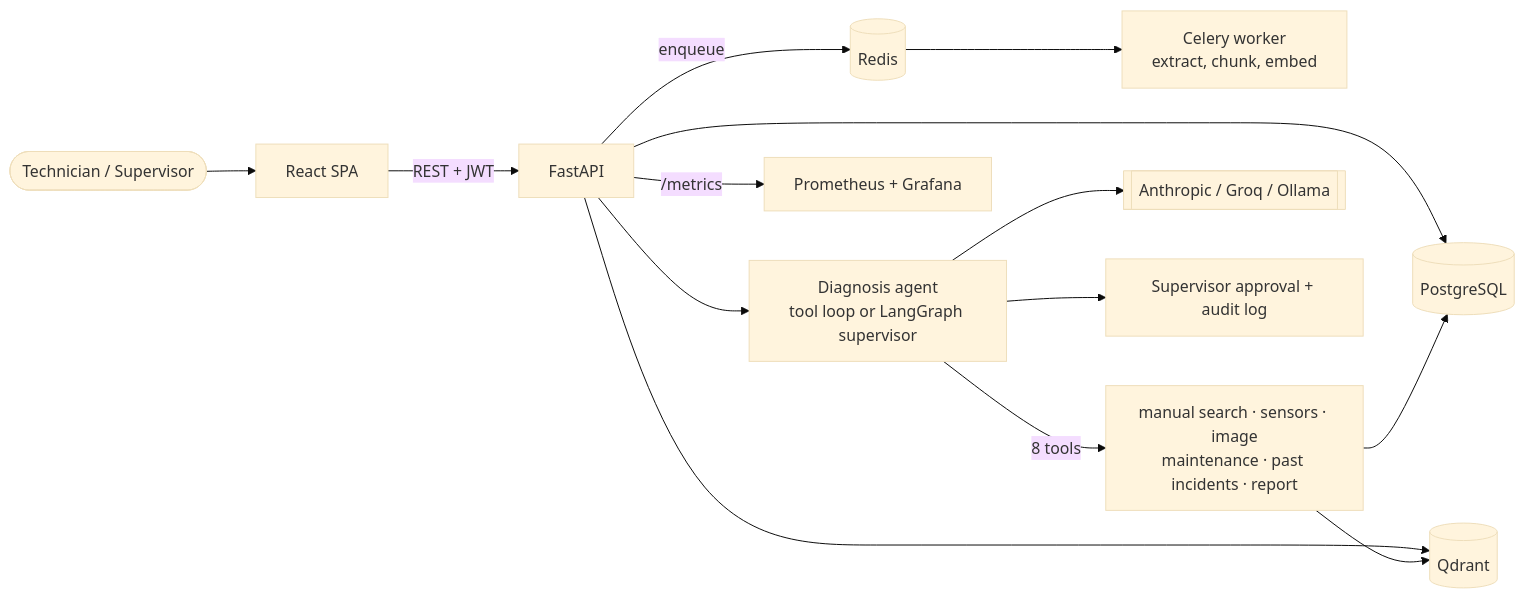
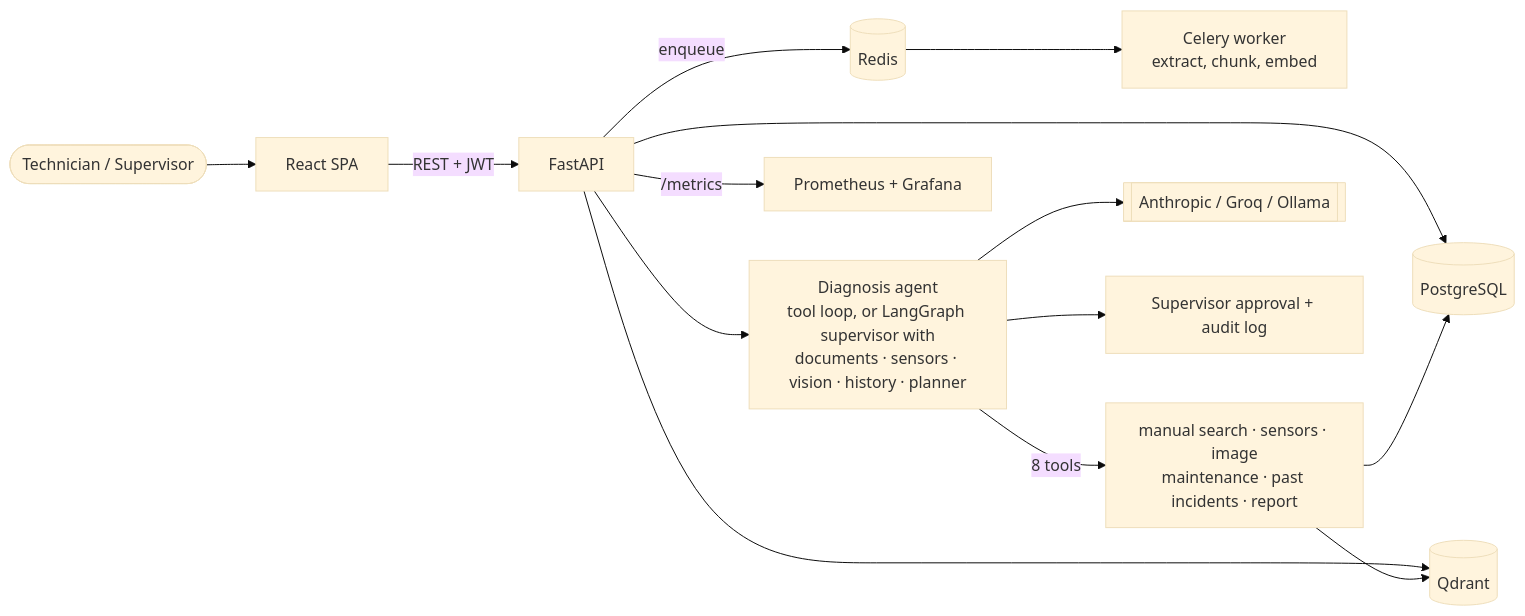
Before and after one commit to nithya-prakash/IndustrialAICopilot: the diagram in README.md, drawn with Mermaid (base theme). The commit also changed other lines of this file, not shown here.

Commit message:
Collapse secondary benchmarks in the README and update the architecture diagram

````diff
--- a/README.md
+++ b/README.md
@@ -38,14 +46,14 @@
 ```mermaid
 flowchart LR
     User(["Technician / Supervisor"]) --> FE["React SPA"]
     FE -- "REST + JWT" --> API["FastAPI"]
     API --> PG[("PostgreSQL")]
     API --> QD[("Qdrant")]
     API -- enqueue --> RD[("Redis")] --> WK["Celery worker<br/>extract, chunk, embed"]
-    API --> AG["Diagnosis agent<br/>tool loop or LangGraph supervisor"]
+    API --> AG["Diagnosis agent<br/>tool loop, or LangGraph supervisor with<br/>documents · sensors · vision · history · planner"]
     AG -- "8 tools" --> TL["manual search · sensors · image<br/>maintenance · past incidents · report"]
     TL --> PG & QD
     AG --> LLM[["Anthropic / Groq / Ollama"]]
     AG --> AP["Supervisor approval + audit log"]
     API -- "/metrics" --> PR["Prometheus + Grafana"]
 ```
````
